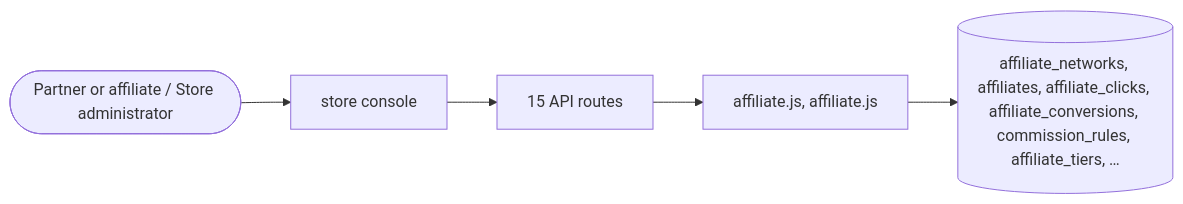
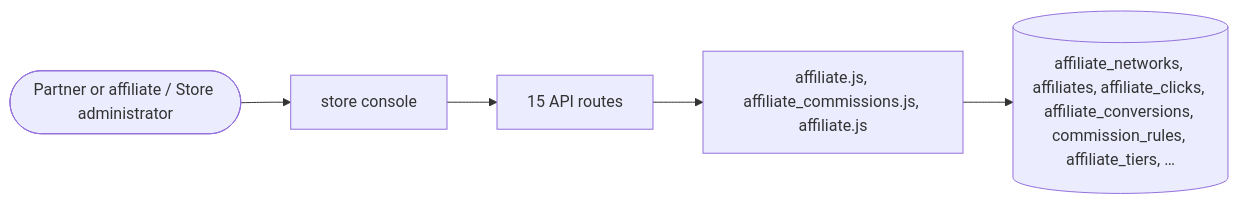
The diagram in docs/domains/affiliate.md (echelonxventures-Projects/universal-product), drawn with Mermaid before and after one commit. The commit also changed other lines of this file and 67 other files, not shown here.

````diff
--- a/docs/domains/affiliate.md
+++ b/docs/domains/affiliate.md
@@ -179,8 +192,8 @@
 ```mermaid
 flowchart LR
   U([Partner or affiliate / Store administrator]) --> UI[store console]
   UI --> API[15 API routes]
-  API --> ENG[affiliate.js, affiliate.js]
+  API --> ENG[affiliate.js, affiliate_commissions.js, affiliate.js]
   ENG --> DB[(affiliate_networks, affiliates, affiliate_clicks, affiliate_conversions, commission_rules, affiliate_tiers, …)]
 
 ```
````
